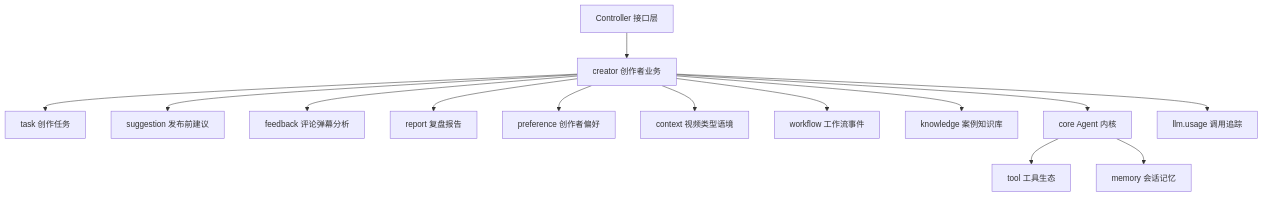
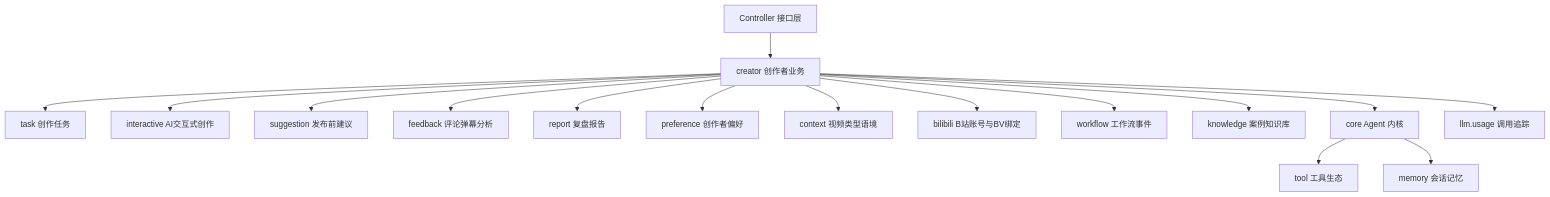
One commit to lin-0407/linkAgent changed the third of 3 diagrams in README.md. Above: the diagram before and after it, drawn with Mermaid. The commit also changed other lines of this file and 3 other files, not shown here.

````diff
--- a/README.md
+++ b/README.md
@@ -154,16 +165,18 @@
 ```mermaid
 flowchart TB
     Controller[Controller 接口层] --> Creator[creator 创作者业务]
     Creator --> Task[task 创作任务]
+    Creator --> Interactive[interactive AI交互式创作]
     Creator --> Suggestion[suggestion 发布前建议]
     Creator --> Feedback[feedback 评论弹幕分析]
     Creator --> Report[report 复盘报告]
     Creator --> Preference[preference 创作者偏好]
     Creator --> Context[context 视频类型语境]
+    Creator --> Bilibili[bilibili B站账号与BV绑定]
     Creator --> Workflow[workflow 工作流事件]
     Creator --> Knowledge[knowledge 案例知识库]
     Creator --> Core[core Agent 内核]
     Core --> Tool[tool 工具生态]
     Core --> Memory[memory 会话记忆]
     Creator --> Usage[llm.usage 调用追踪]
 ```
````
